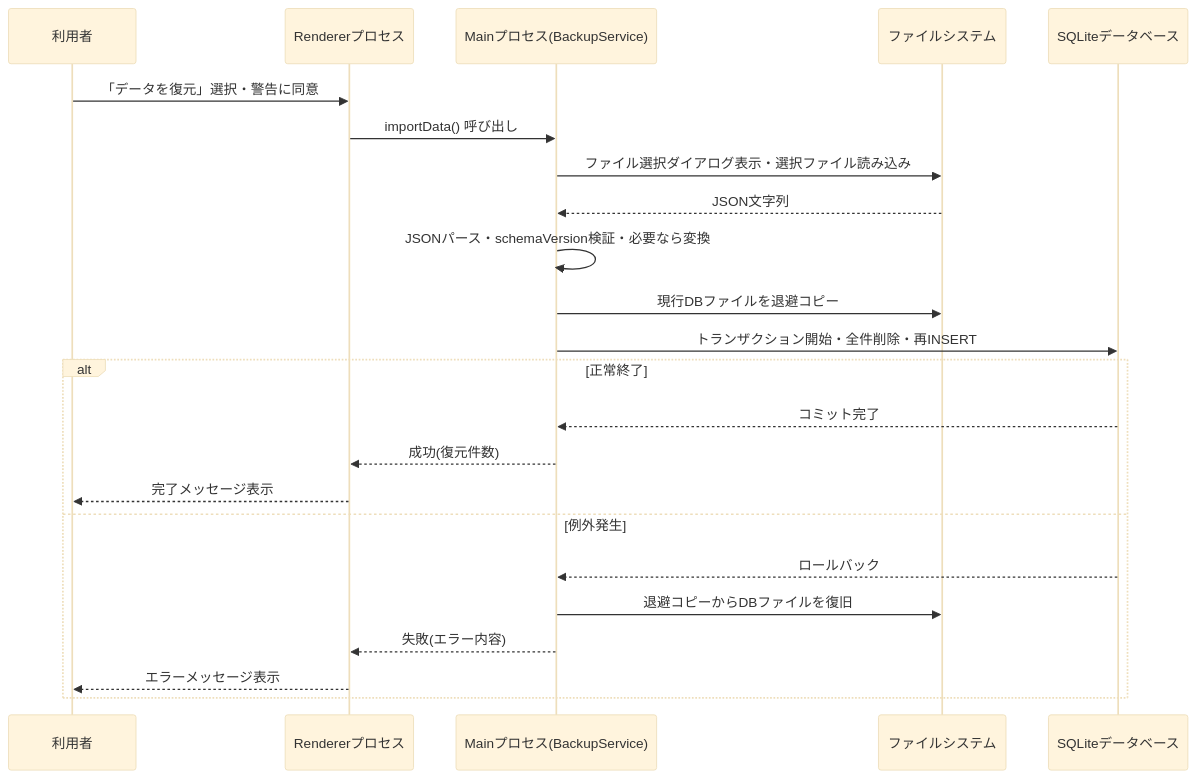
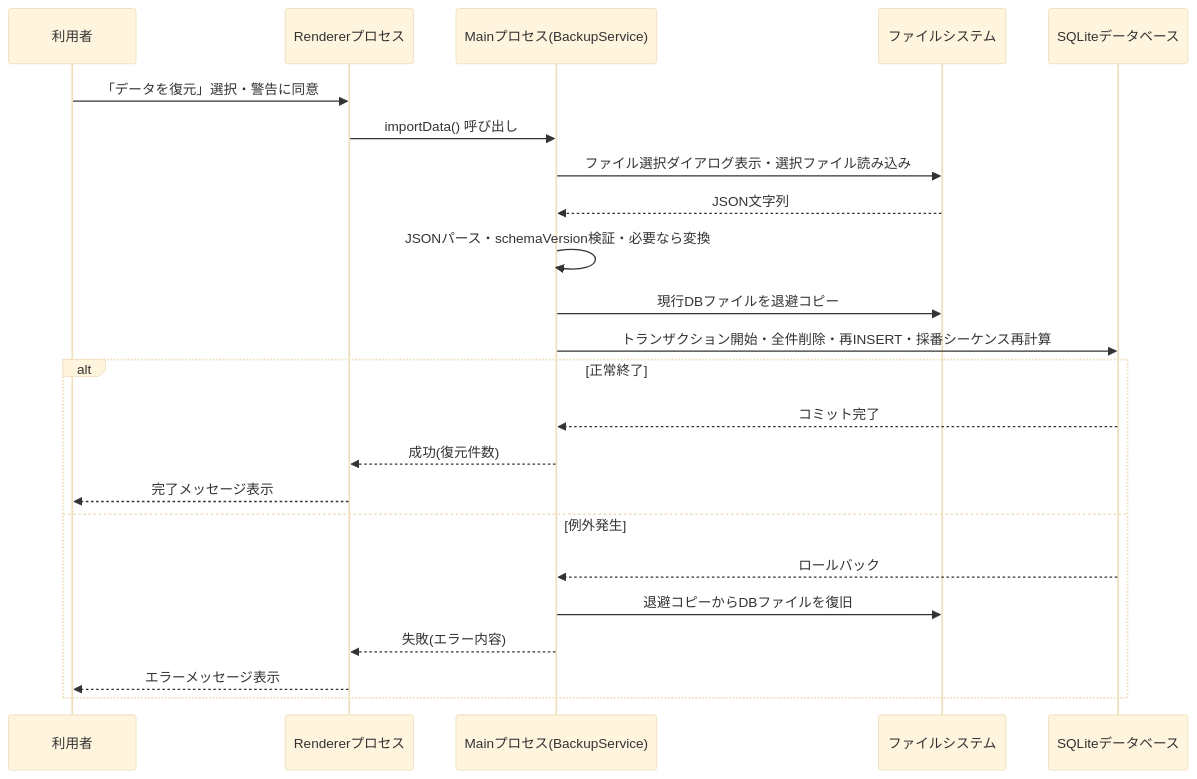
The first of 4 diagrams in docs/03_architect/詳細設計書.md (eiai00000001-cell/jimu-hub), drawn with Mermaid (base theme) before and after one commit. The commit also changed other lines of this file and 1 other file, not shown here.

````diff
--- a/docs/03_architect/詳細設計書.md
+++ b/docs/03_architect/詳細設計書.md
@@ -179,26 +336,26 @@
 ```mermaid
 sequenceDiagram
     participant User as 利用者
     participant Renderer as Rendererプロセス
     participant Main as Mainプロセス(BackupService)
     participant FS as ファイルシステム
     participant DB as SQLiteデータベース
 
     User->>Renderer: 「データを復元」選択・警告に同意
     Renderer->>Main: importData() 呼び出し
     Main->>FS: ファイル選択ダイアログ表示・選択ファイル読み込み
     FS-->>Main: JSON文字列
     Main->>Main: JSONパース・schemaVersion検証・必要なら変換
     Main->>FS: 現行DBファイルを退避コピー
-    Main->>DB: トランザクション開始・全件削除・再INSERT
+    Main->>DB: トランザクション開始・全件削除・再INSERT・採番シーケンス再計算
     alt 正常終了
         DB-->>Main: コミット完了
         Main-->>Renderer: 成功(復元件数)
         Renderer-->>User: 完了メッセージ表示
     else 例外発生
         DB-->>Main: ロールバック
         Main->>FS: 退避コピーからDBファイルを復旧
         Main-->>Renderer: 失敗(エラー内容)
         Renderer-->>User: エラーメッセージ表示
     end
 ```
````
